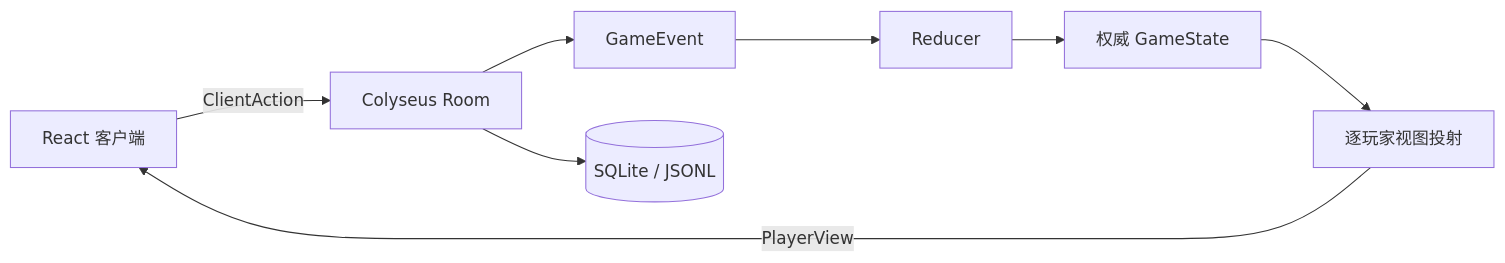
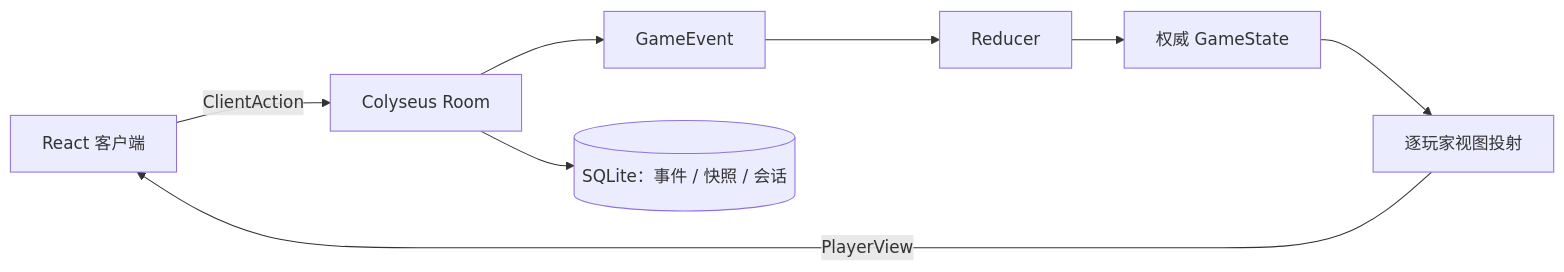
The diagram in README.md (DamianD1cky/Feed-the-Kraken), drawn with Mermaid before and after one commit. The commit also changed other lines of this file and 10 other files, not shown here.

````diff
--- a/README.md
+++ b/README.md
@@ -50,10 +50,10 @@
 ```mermaid
 flowchart LR
     Browser[React 客户端] -->|ClientAction| Room[Colyseus Room]
     Room --> Events[GameEvent]
     Events --> Reducer[Reducer]
     Reducer --> State[权威 GameState]
     State --> Projection[逐玩家视图投射]
     Projection -->|PlayerView| Browser
-    Room --> Store[(SQLite / JSONL)]
+    Room --> Store[(SQLite：事件 / 快照 / 会话)]
 ```
````
